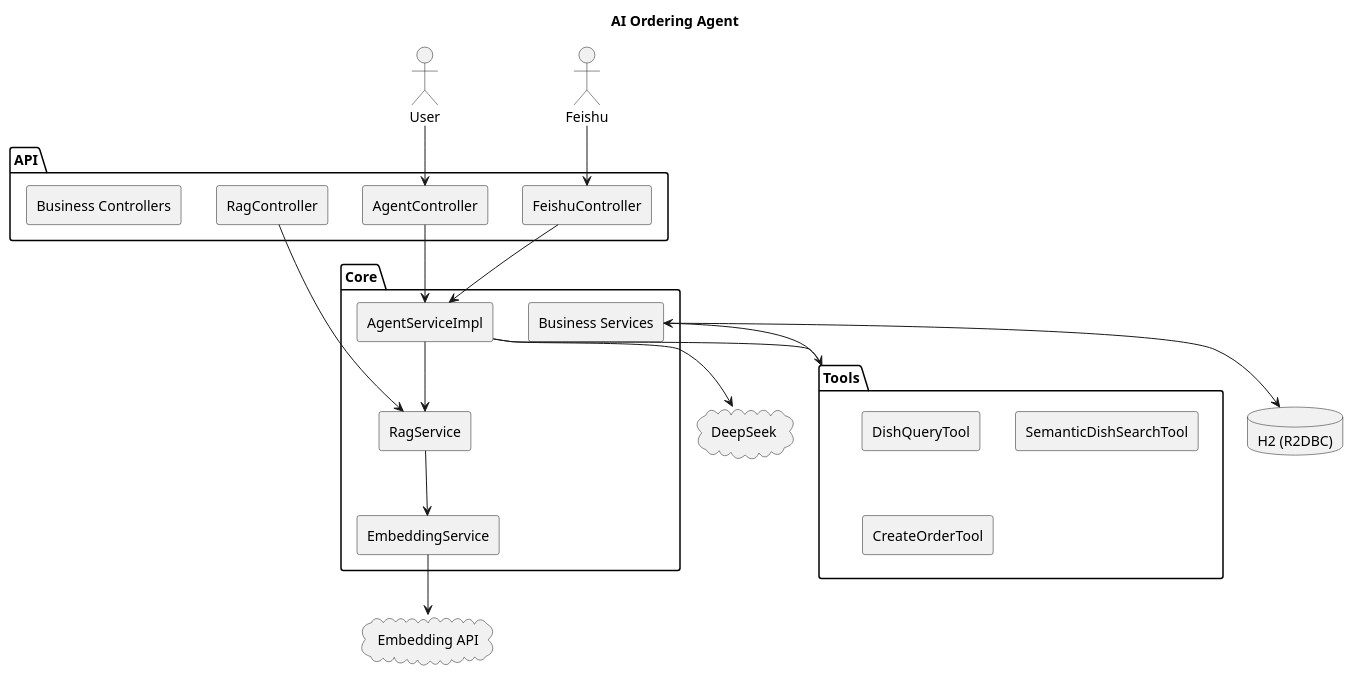
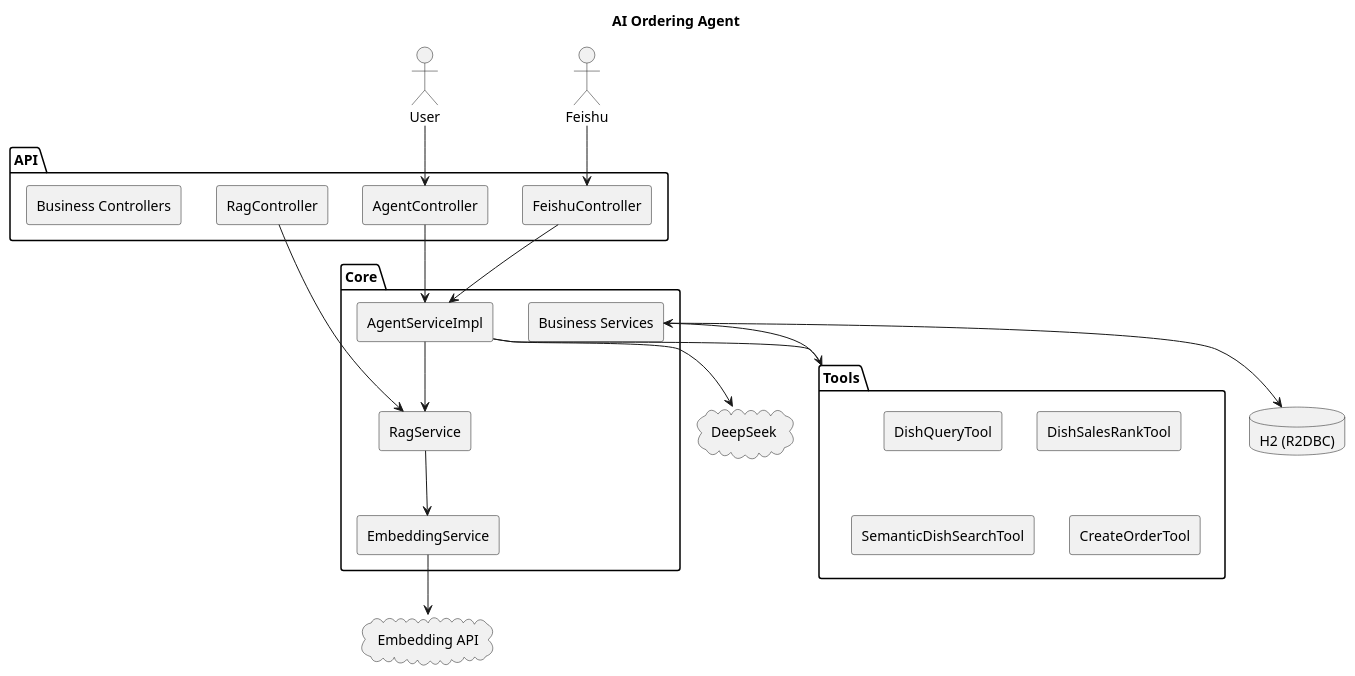
One commit to huhaosumail/ai-ordering-agent changed the diagram in TECH_ARCHITECTURE.md. Above: the diagram before and after it, drawn with PlantUML. The commit also changed other lines of this file and 6 other files, not shown here.

````diff
--- a/TECH_ARCHITECTURE.md
+++ b/TECH_ARCHITECTURE.md
@@ -116,47 +125,48 @@
 ```plantuml
 @startuml
 skinparam componentStyle rectangle
 title AI Ordering Agent
 
 actor User
 actor Feishu
 
 package "API" {
   [AgentController]
   [RagController]
   [FeishuController]
   [Business Controllers]
 }
 
 package "Core" {
   [AgentServiceImpl]
   [RagService]
   [EmbeddingService]
   [Business Services]
 }
 
 package "Tools" {
   [DishQueryTool]
+  [DishSalesRankTool]
   [SemanticDishSearchTool]
   [CreateOrderTool]
 }
 
 database "H2 (R2DBC)" as DB
 
 cloud "DeepSeek" as LLM
 cloud "Embedding API" as EMB
 
 User --> [AgentController]
 Feishu --> [FeishuController]
 [FeishuController] --> [AgentServiceImpl]
 [AgentController] --> [AgentServiceImpl]
 [AgentServiceImpl] --> LLM
 [AgentServiceImpl] --> [Tools]
 [AgentServiceImpl] --> [RagService]
 [RagService] --> [EmbeddingService]
 [EmbeddingService] --> EMB
 [Tools] --> [Business Services]
 [Business Services] --> DB
 [RagController] --> [RagService]
 @enduml
 ```
````
